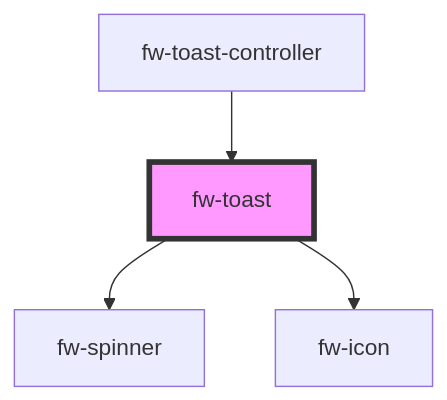
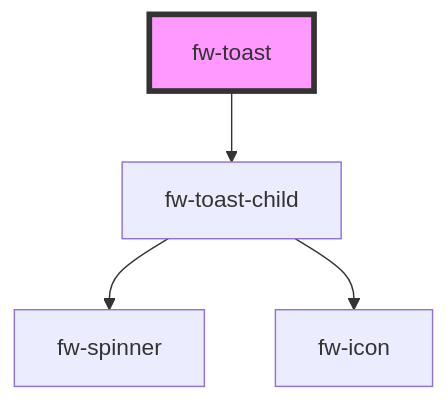
The diagram in packages/crayons-core/src/components/toast/readme.md (freshworks/crayons), drawn with Mermaid before and after one commit. The commit also changed other lines of this file and 22 other files, not shown here.

Commit message:
refactor(toast-util): toast-util with functions to be used in both ToastController and webcomponent

````diff
--- a/packages/crayons-core/src/components/toast/readme.md
+++ b/packages/crayons-core/src/components/toast/readme.md
@@ -50,7 +51,7 @@
 ```mermaid
 graph TD;
-  fw-toast --> fw-spinner
-  fw-toast --> fw-icon
-  fw-toast-controller --> fw-toast
+  fw-toast --> fw-toast-child
+  fw-toast-child --> fw-spinner
+  fw-toast-child --> fw-icon
   style fw-toast fill:#f9f,stroke:#333,stroke-width:4px
 ```
````
